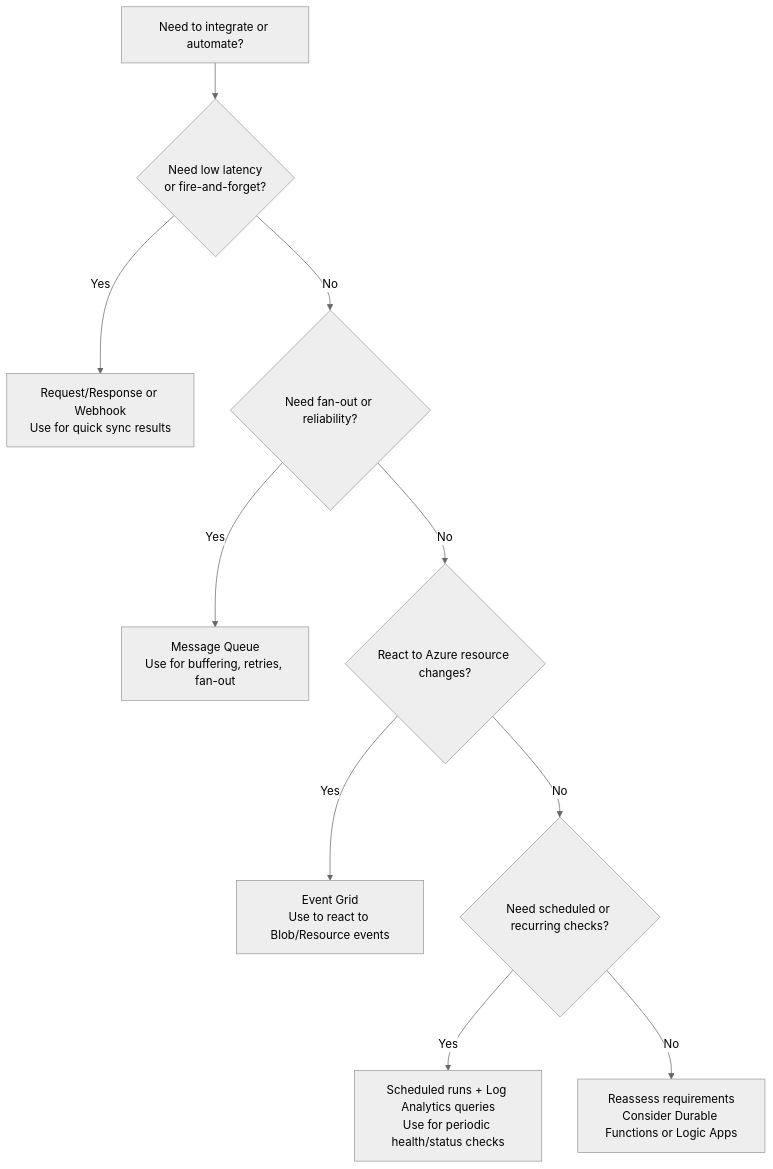
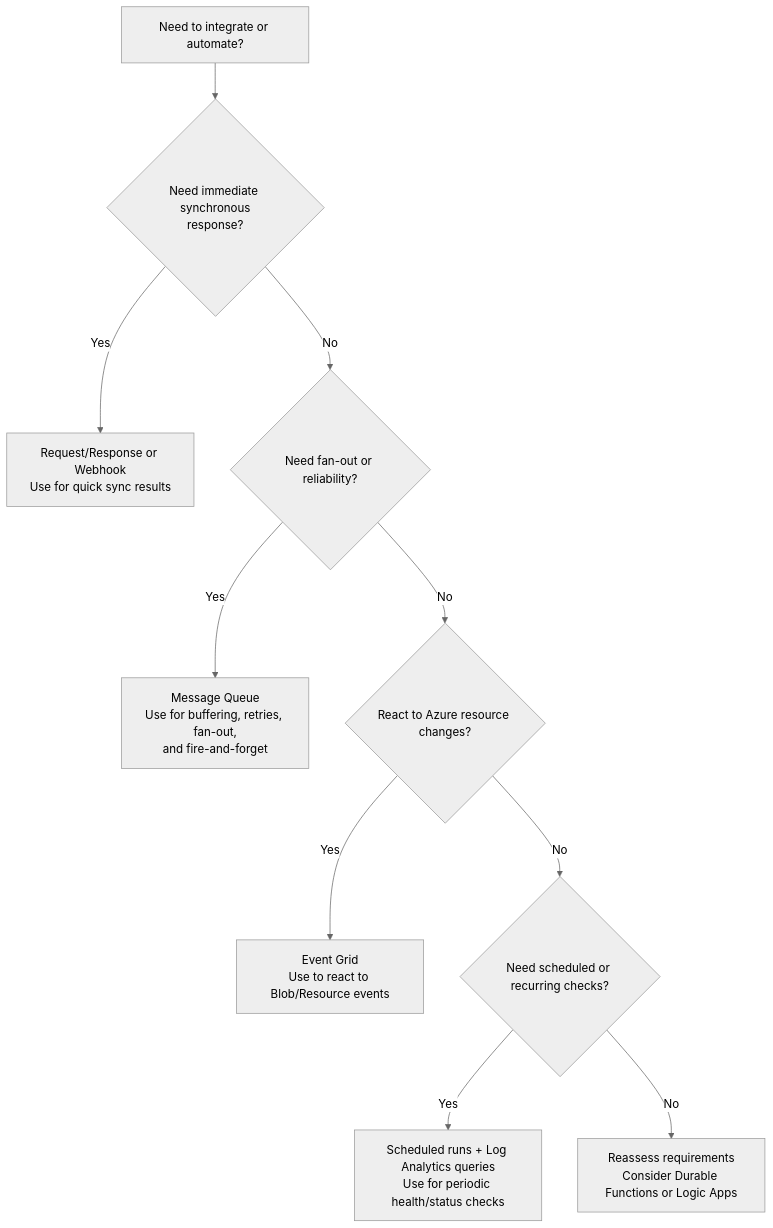
Before and after one commit to abossard/fun-with-function: the second of 2 diagrams in architecture.md, drawn with Mermaid (neutral theme).

````diff
--- a/architecture.md
+++ b/architecture.md
@@ -30,12 +30,12 @@
 ```mermaid
 flowchart TD
-    Start[Need to integrate or automate?] --> Req{Need low latency<br/>or fire-and-forget?}
+    Start[Need to integrate or automate?] --> Req{Need immediate synchronous<br/>response?}
     Req -->|Yes| Request[Request/Response or Webhook<br/>Use for quick sync results]
     Req -->|No| FanOut{Need fan-out or reliability?}
-    FanOut -->|Yes| Queue[Message Queue<br/>Use for buffering, retries, fan-out]
+    FanOut -->|Yes| Queue[Message Queue<br/>Use for buffering, retries, fan-out,<br/>and fire-and-forget]
     FanOut -->|No| Changes{React to Azure resource changes?}
     Changes -->|Yes| EventGrid[Event Grid<br/>Use to react to Blob/Resource events]
     Changes -->|No| Scheduled{Need scheduled or recurring checks?}
     Scheduled -->|Yes| Schedules[Scheduled runs + Log Analytics queries<br/>Use for periodic health/status checks]
     Scheduled -->|No| Review[Reassess requirements<br/>Consider Durable Functions or Logic Apps]
 ```
````
